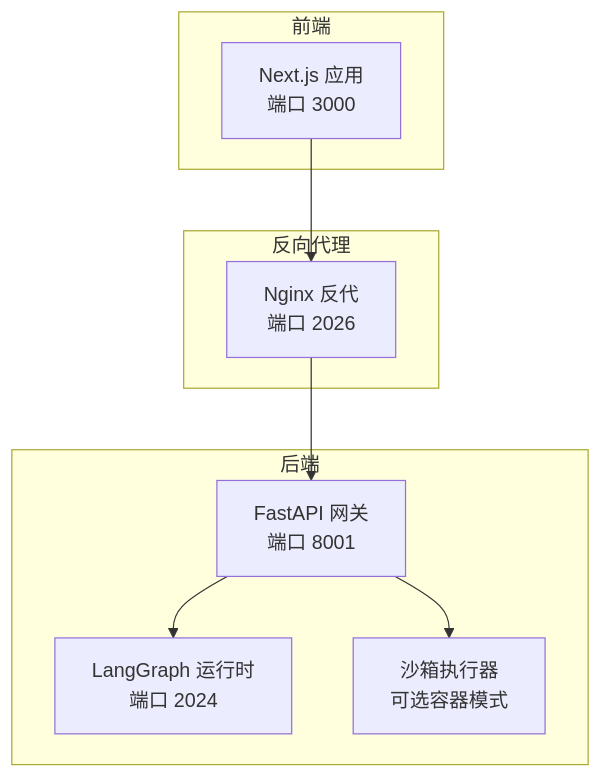
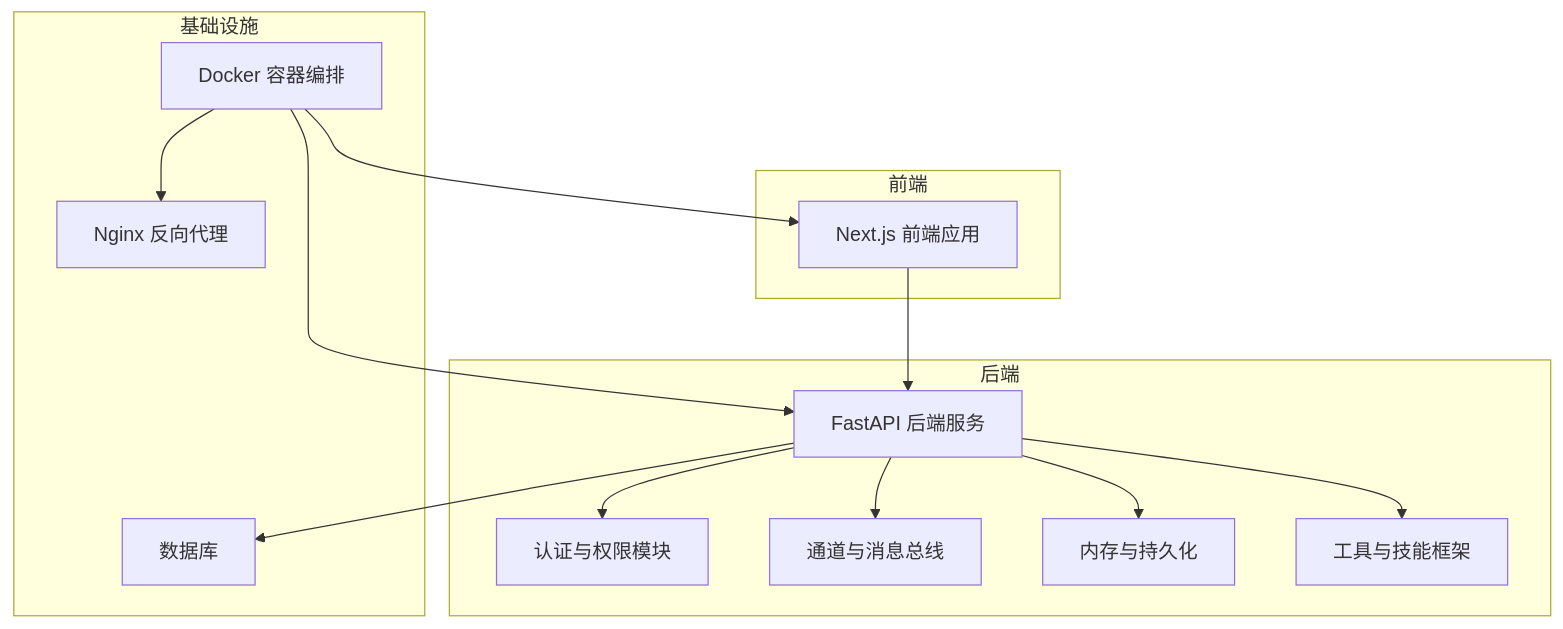
One commit to OldBoy405/deerflow-custom changed the first of 6 diagrams in .qoder/repowiki/zh/content/快速开始.md. Above: the diagram before and after it, drawn with Mermaid. The commit also changed other lines of this file and 786 other files, not shown here.

````diff
--- a/.qoder/repowiki/zh/content/快速开始.md
+++ b/.qoder/repowiki/zh/content/快速开始.md
@@ -49,18 +61,27 @@
 ```mermaid
 graph TB
 subgraph "前端"
-FE["Next.js 应用<br/>端口 3000"]
+FE["Next.js 前端应用"]
 end
 subgraph "后端"
-GW["FastAPI 网关<br/>端口 8001"]
-LG["LangGraph 运行时<br/>端口 2024"]
-SB["沙箱执行器<br/>可选容器模式"]
+BE["FastAPI 后端服务"]
+AUTH["认证与权限模块"]
+CH["通道与消息总线"]
+MEM["内存与持久化"]
+TOOLS["工具与技能框架"]
 end
-subgraph "反向代理"
-NGINX["Nginx 反代<br/>端口 2026"]
+subgraph "基础设施"
+DOCKER["Docker 容器编排"]
+NGINX["Nginx 反向代理"]
+DB["数据库"]
 end
-FE --> NGINX
-NGINX --> GW
-GW --> LG
-GW --> SB
+FE --> BE
+BE --> AUTH
+BE --> CH
+BE --> MEM
+BE --> TOOLS
+BE --> DB
+DOCKER --> NGINX
+DOCKER --> BE
+DOCKER --> FE
 ```
````
